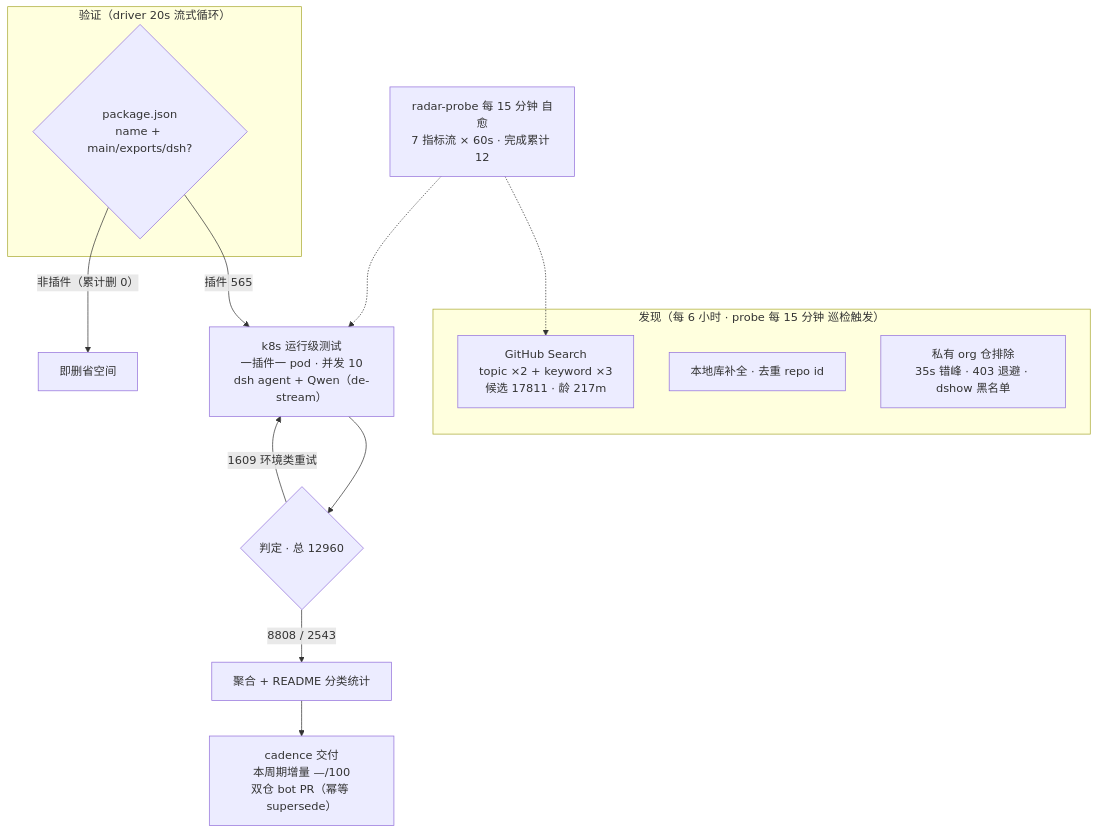
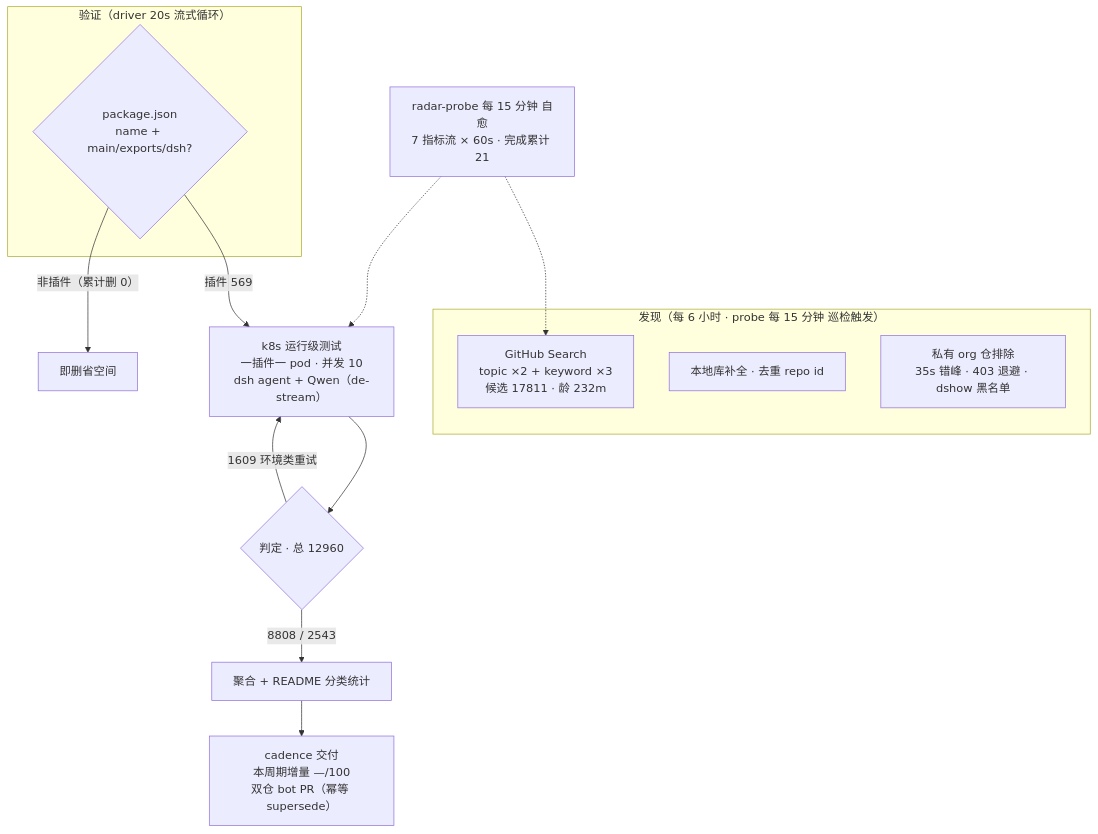
Before and after one commit to AdamPlatin123/awesome-dsh-plugins: the diagram in README.md, drawn with Mermaid. The commit also changed other lines of this file and 5 other files, not shown here.

````diff
--- a/README.md
+++ b/README.md
@@ -52,20 +52,20 @@
 ```mermaid
 flowchart TB
     subgraph Discovery["发现（每 6 小时 · probe 每 15 分钟 巡检触发）"]
-        A1["GitHub Search<br/>topic ×2 + keyword ×3<br/>候选 17811 · 龄 217m"]
+        A1["GitHub Search<br/>topic ×2 + keyword ×3<br/>候选 17811 · 龄 232m"]
         A2["本地库补全 · 去重 repo id"]
         A3["私有 org 仓排除<br/>35s 错峰 · 403 退避 · dshow 黑名单"]
     end
     subgraph Validation["验证（driver 20s 流式循环）"]
         B1{"package.json<br/>name + main/exports/dsh?"}
     end
-    B1 -->|"插件 565"| C1["k8s 运行级测试<br/>一插件一 pod · 并发 10<br/>dsh agent + Qwen（de-stream）"]
+    B1 -->|"插件 569"| C1["k8s 运行级测试<br/>一插件一 pod · 并发 10<br/>dsh agent + Qwen（de-stream）"]
     B1 -->|"非插件（累计删 0）"| B3["即删省空间"]
     C1 --> D1{"判定 · 总 12960"}
     D1 -->|"8808 / 2543"| E1["聚合 + README 分类统计"]
     D1 -->|"1609 环境类重试"| C1
     E1 --> E2["cadence 交付<br/>本周期增量 —/100<br/>双仓 bot PR（幂等 supersede）"]
-    M["radar-probe 每 15 分钟 自愈<br/>7 指标流 × 60s · 完成累计 12"]
+    M["radar-probe 每 15 分钟 自愈<br/>7 指标流 × 60s · 完成累计 21"]
     M -.-> A1
     M -.-> C1
 ```
````
